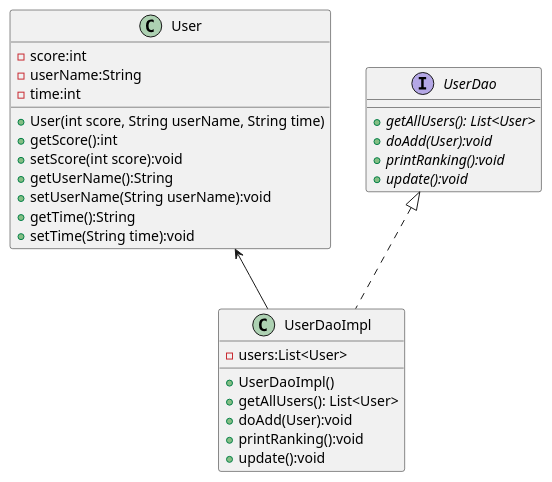
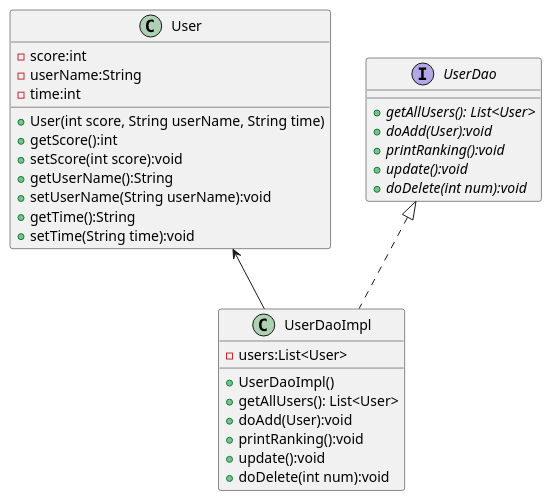
The diagram in uml/Dao.puml (aetherqaq/AircraftWar), drawn with PlantUML before and after one commit. The commit also changed 3 other files, not shown here.

```diff
--- a/uml/Dao.puml
+++ b/uml/Dao.puml
@@ -1,36 +1,38 @@
 @startuml
 'https://plantuml.com/class-diagram
 
 class User{
     -score:int
     -userName:String
     -time:int
     +User(int score, String userName, String time)
     +getScore():int
     +setScore(int score):void
     +getUserName():String
     +setUserName(String userName):void
     +getTime():String
     +setTime(String time):void
 }
 
 interface UserDao{
     +{abstract} getAllUsers(): List<User>
     +{abstract} doAdd(User):void
     +{abstract} printRanking():void
     +{abstract} update():void
+    +{abstract} doDelete(int num):void
 }
 
 class UserDaoImpl{
     -users:List<User>
     +UserDaoImpl()
     +getAllUsers(): List<User>
     +doAdd(User):void
     +printRanking():void
     +update():void
+    +doDelete(int num):void
 }
 
 UserDao <|.. UserDaoImpl
 User <-- UserDaoImpl
 
 @enduml
```
